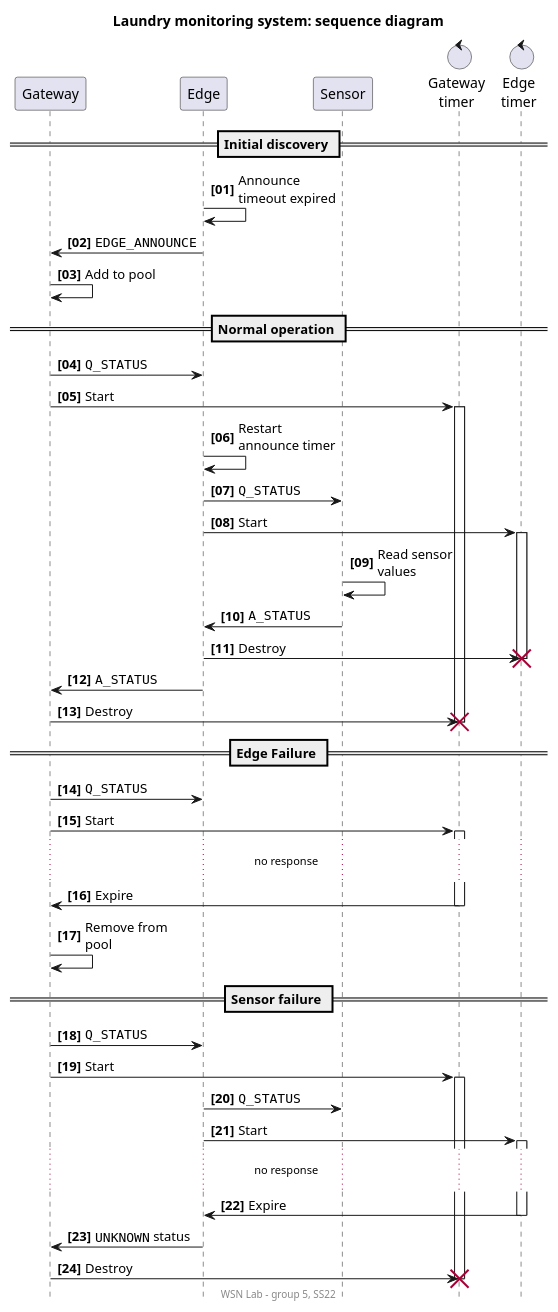
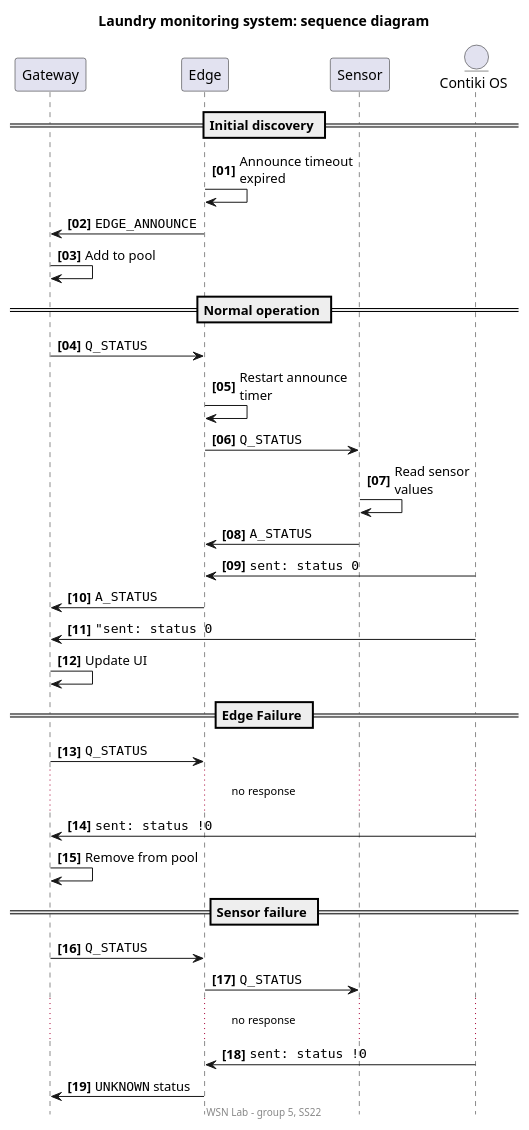
One commit to ivandkhn/laundry-monitoring changed the diagram in project/uml/sequence.plantuml. Above: the diagram before and after it, drawn with PlantUML. The commit also changed 1 other file, not shown here.

Commit message:
Replace timers with callbacks in uml diagram

```diff
--- a/project/uml/sequence.plantuml
+++ b/project/uml/sequence.plantuml
@@ -1,52 +1,45 @@
 @startuml seq
 
 title Laundry monitoring system: sequence diagram
 footer WSN Lab – group 5, SS22
 
 hide footbox
 autonumber "<b>[00]</b>"
 skinparam shadowing false
-skinparam maxMessageSize 100
+skinparam maxMessageSize 120
 
 participant "Gateway" as g
 participant "Edge" as e
 participant "Sensor" as s
-control "Gateway\ntimer" as gt
-control "Edge\ntimer" as et
+entity "Contiki OS" as c
 
 == Initial discovery ==
 e -> e: Announce timeout expired
 g <- e: ""EDGE_ANNOUNCE""
 g -> g: Add to pool
 
 == Normal operation ==
 g -> e: ""Q_STATUS""
-g -> gt ++: Start
 e -> e: Restart announce timer
 e -> s: ""Q_STATUS""
-e -> et ++: Start
-s -> s: Read sensor values
+s -> s: Read sensor\nvalues
 e <- s: ""A_STATUS""
-e -> et !!: Destroy
+e <- c: ""sent: status 0""
 g <- e: ""A_STATUS""
-g -> gt !!: Destroy
+g <- c: """sent: status 0""
+g -> g: Update UI
 
 == Edge Failure ==
 g -> e: ""Q_STATUS""
-g -> gt ++: Start
 ... no response ...
-g <- gt --: Expire
+g <- c: ""sent: status !0""
 g -> g: Remove from pool
 
 == Sensor failure ==
 g -> e: ""Q_STATUS""
-g -> gt ++: Start
 e -> s: ""Q_STATUS""
-e -> et ++: Start
 ... no response ...
-e <- et --: Expire
+e <- c: ""sent: status !0""
 g <- e: ""UNKNOWN"" status
-g -> gt !!: Destroy
-
 
 @enduml
```
